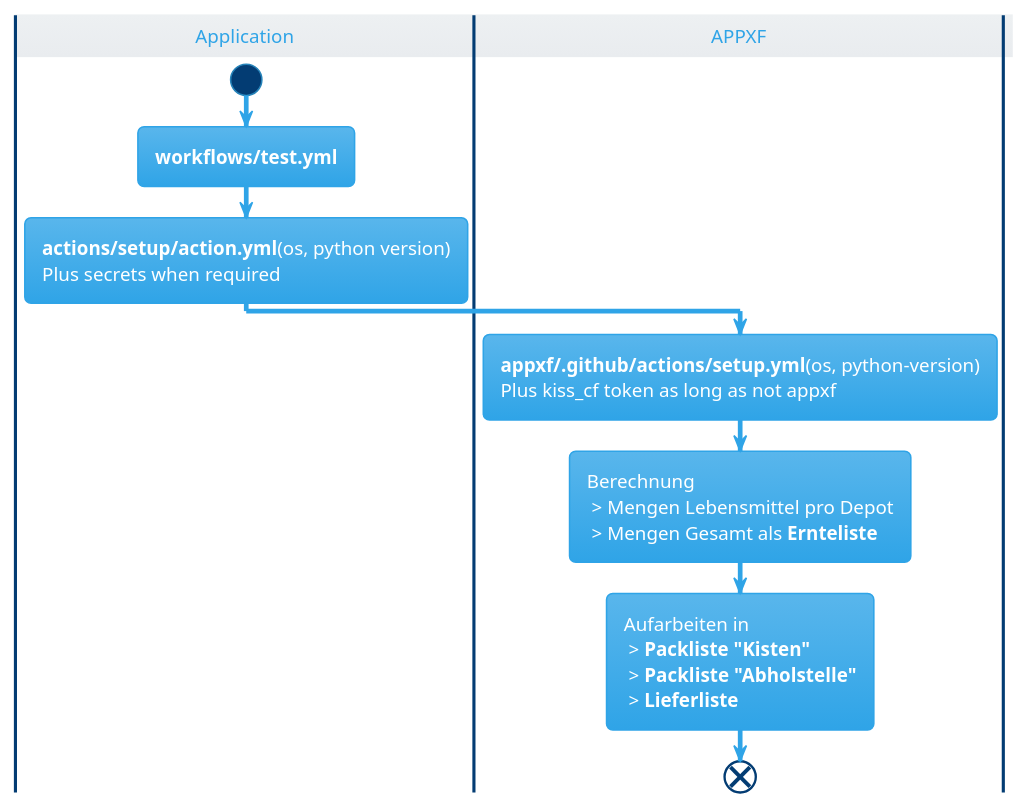
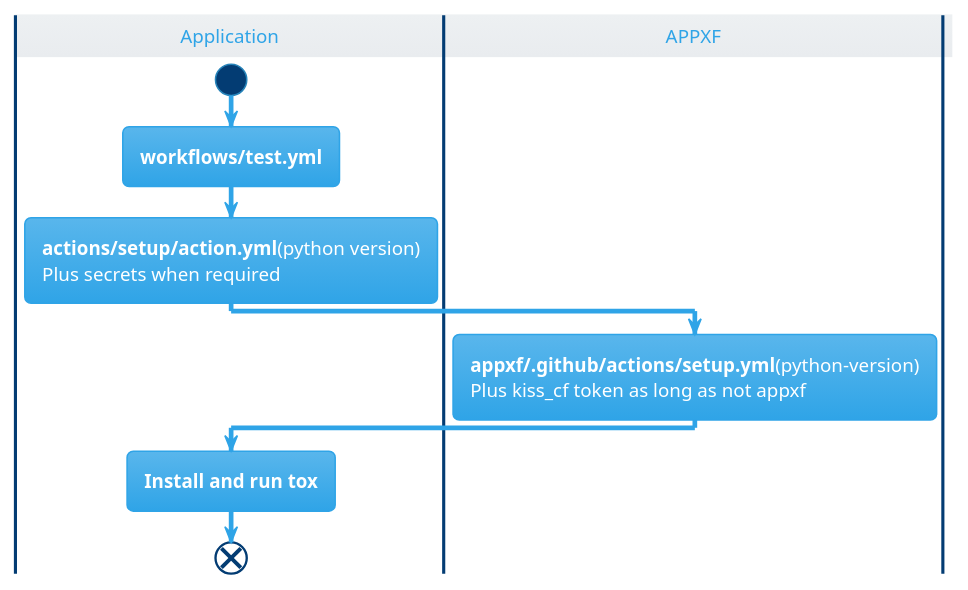
The diagram in obsidian/modules/Github Support.md (alexander-rd/appxf), drawn with PlantUML before and after one commit. The commit also changed 4 other files, not shown here.

````diff
--- a/obsidian/modules/Github Support.md
+++ b/obsidian/modules/Github Support.md
@@ -2,25 +2,19 @@
 ```plantuml
 @startuml
 !theme cerulean 
 
 |Application|
 start
 :<b>workflows/test.yml</b>;
-:<b>actions/setup/action.yml</b>(os, python version)
+:<b>actions/setup/action.yml</b>(python version)
 Plus secrets when required;
 
 |APPXF|
-:<b>appxf/.github/actions/setup.yml</b>(os, python-version)
+:<b>appxf/.github/actions/setup.yml</b>(python-version)
 Plus kiss_cf token as long as not appxf;
-:Berechnung
- > Mengen Lebensmittel pro Depot
- > Mengen Gesamt als <b>Ernteliste</b>;
 
-:Aufarbeiten in
- > <b>Packliste "Kisten"</b>
- > <b>Packliste "Abholstelle"</b>
- > <b>Lieferliste</b>;
+|Application|
+:<b>Install and run tox</b>;
 end
-
 @enduml
 ```
````
